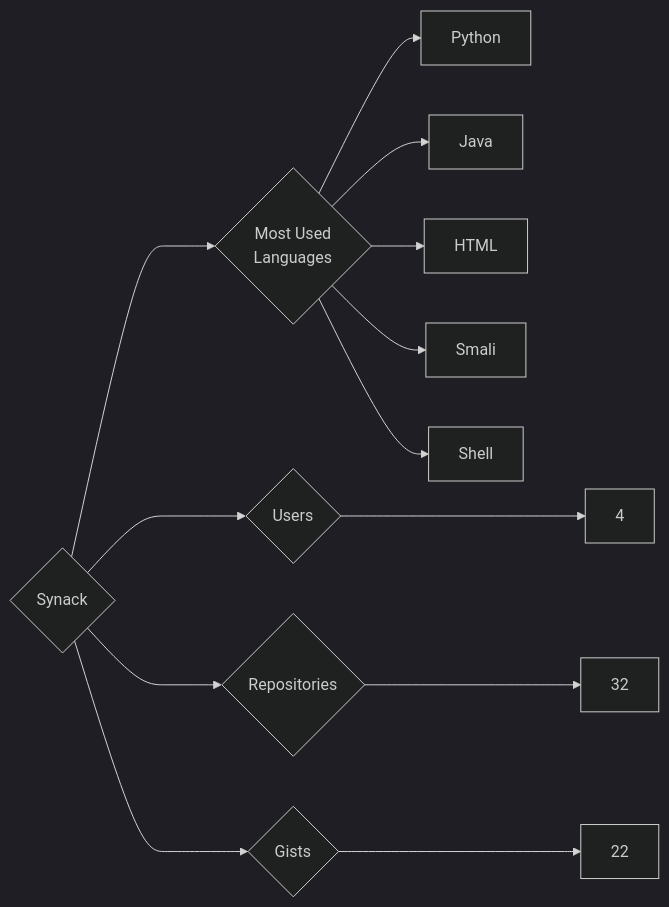
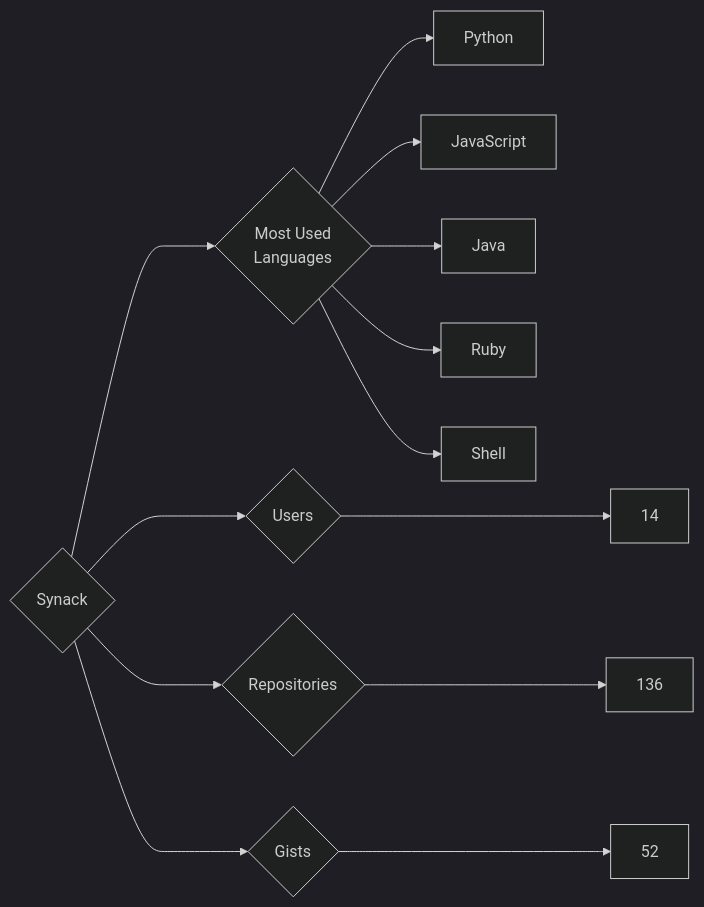
The diagram in targets/Synack/README.md (trickest/insiders), drawn with Mermaid (dark theme) before and after one commit. The commit also changed 806 other files, not shown here.

````diff
--- a/targets/Synack/README.md
+++ b/targets/Synack/README.md
@@ -3,13 +3,13 @@
 ```mermaid
 graph LR
 COMPANY_NAME{Synack}
-COMPANY_NAME ---> U{Users} ---> UN[4]
-COMPANY_NAME ---> R{Repositories} ---> RN[32]
-COMPANY_NAME ---> G{Gists} ---> GN[22]
+COMPANY_NAME ---> U{Users} ---> UN[14]
+COMPANY_NAME ---> R{Repositories} ---> RN[136]
+COMPANY_NAME ---> G{Gists} ---> GN[52]
 COMPANY_NAME ---> ML{Most Used<br>Languages}
 ML --> Python[Python]
+ML --> JavaScript[JavaScript]
 ML --> Java[Java]
-ML --> HTML[HTML]
-ML --> Smali[Smali]
+ML --> Ruby[Ruby]
 ML --> Shell[Shell]
 ```
````
